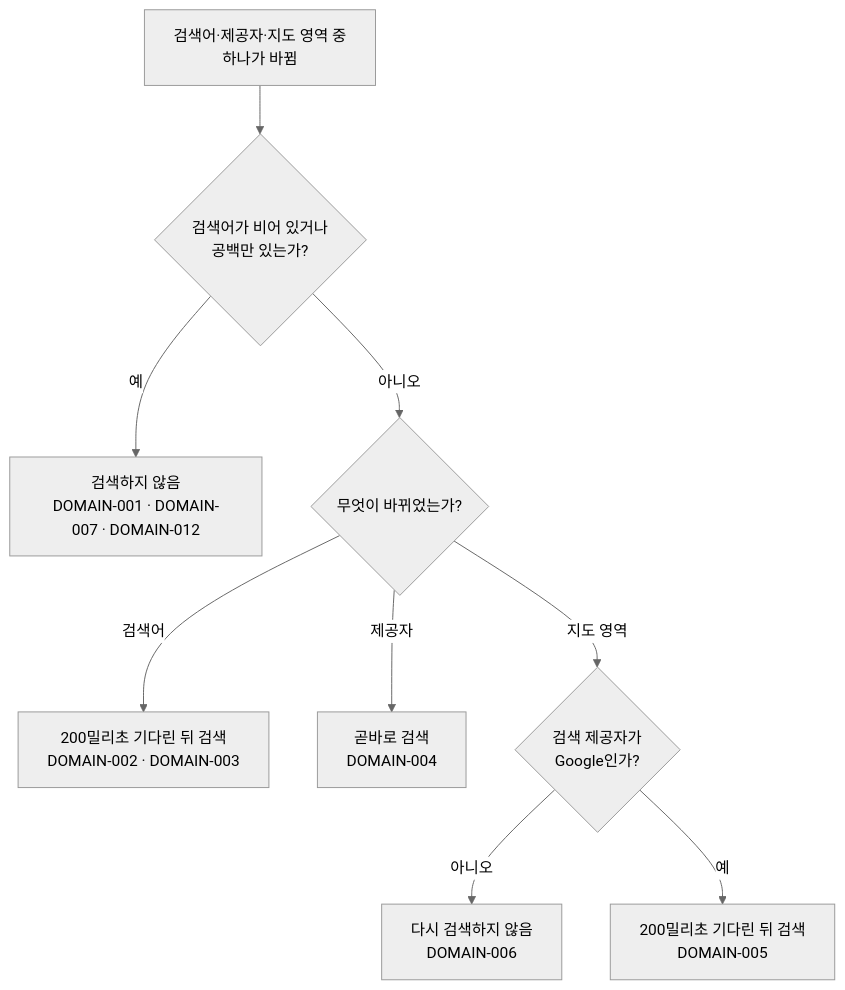
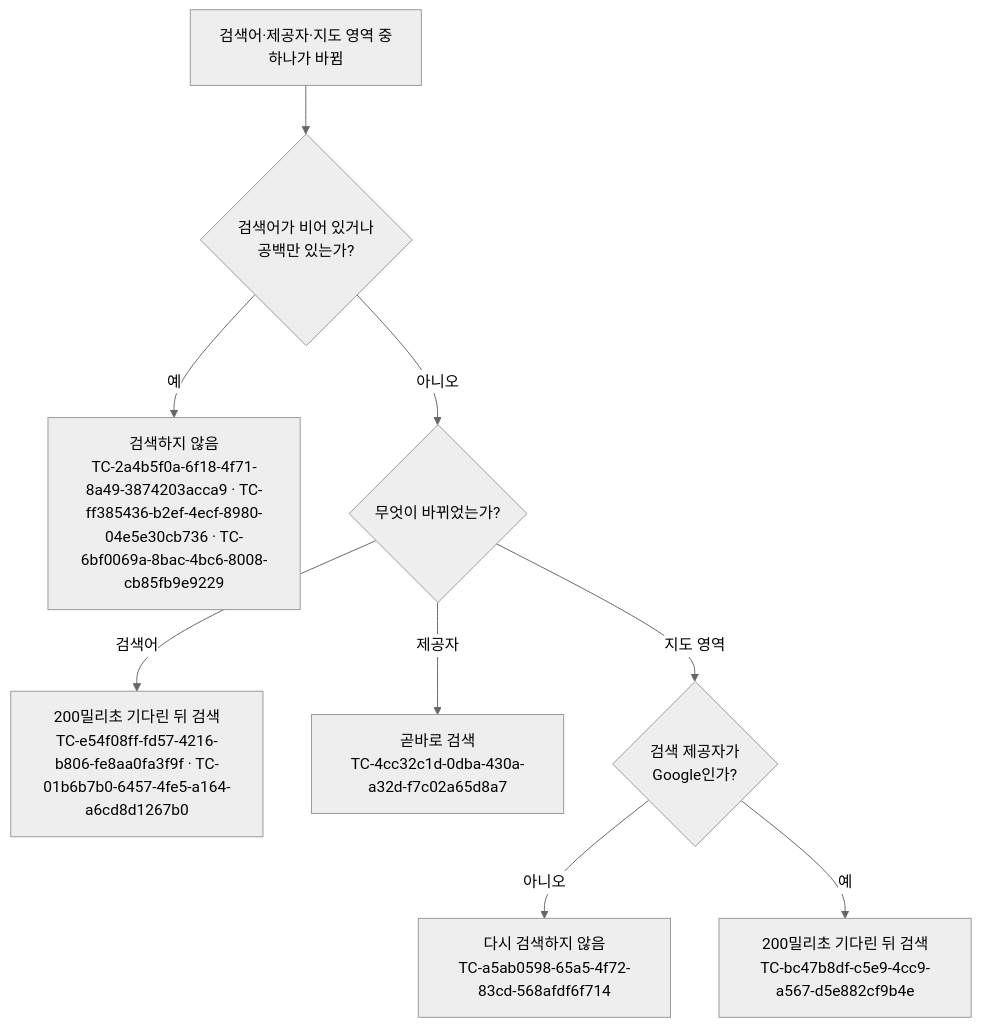
One commit to taetae98coding/DiaryKMP changed the diagram in docs/testcase/place-search-dialog.md. Above: the diagram before and after it, drawn with Mermaid (neutral theme). The commit also changed other lines of this file and 1177 other files, not shown here.

````diff
--- a/docs/testcase/place-search-dialog.md
+++ b/docs/testcase/place-search-dialog.md
@@ -196,11 +196,11 @@
 ```mermaid
 flowchart TD
     start["검색어·제공자·지도 영역 중<br/>하나가 바뀜"] --> query{"검색어가 비어 있거나<br/>공백만 있는가?"}
-    query -- 예 --> clear["검색하지 않음<br/>DOMAIN-001 · DOMAIN-007 · DOMAIN-012"]
+    query -- 예 --> clear["검색하지 않음<br/>TC-2a4b5f0a-6f18-4f71-8a49-3874203acca9 · TC-ff385436-b2ef-4ecf-8980-04e5e30cb736 · TC-6bf0069a-8bac-4bc6-8008-cb85fb9e9229"]
     query -- 아니오 --> what{"무엇이 바뀌었는가?"}
-    what -- "검색어" --> wait["200밀리초 기다린 뒤 검색<br/>DOMAIN-002 · DOMAIN-003"]
-    what -- "제공자" --> now["곧바로 검색<br/>DOMAIN-004"]
+    what -- "검색어" --> wait["200밀리초 기다린 뒤 검색<br/>TC-e54f08ff-fd57-4216-b806-fe8aa0fa3f9f · TC-01b6b7b0-6457-4fe5-a164-a6cd8d1267b0"]
+    what -- "제공자" --> now["곧바로 검색<br/>TC-4cc32c1d-0dba-430a-a32d-f7c02a65d8a7"]
     what -- "지도 영역" --> provider{"검색 제공자가<br/>Google인가?"}
-    provider -- 아니오 --> skip["다시 검색하지 않음<br/>DOMAIN-006"]
-    provider -- 예 --> gwait["200밀리초 기다린 뒤 검색<br/>DOMAIN-005"]
+    provider -- 아니오 --> skip["다시 검색하지 않음<br/>TC-a5ab0598-65a5-4f72-83cd-568afdf6f714"]
+    provider -- 예 --> gwait["200밀리초 기다린 뒤 검색<br/>TC-bc47b8df-c5e9-4cc9-a567-d5e882cf9b4e"]
 ```
````
